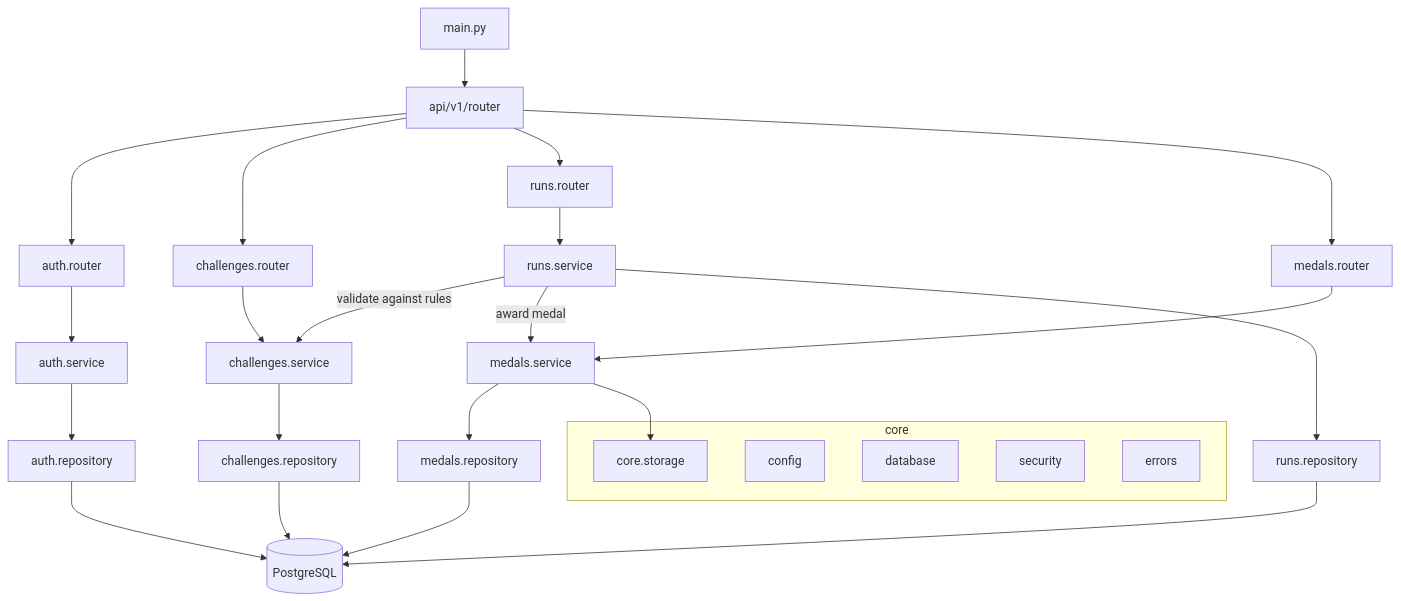
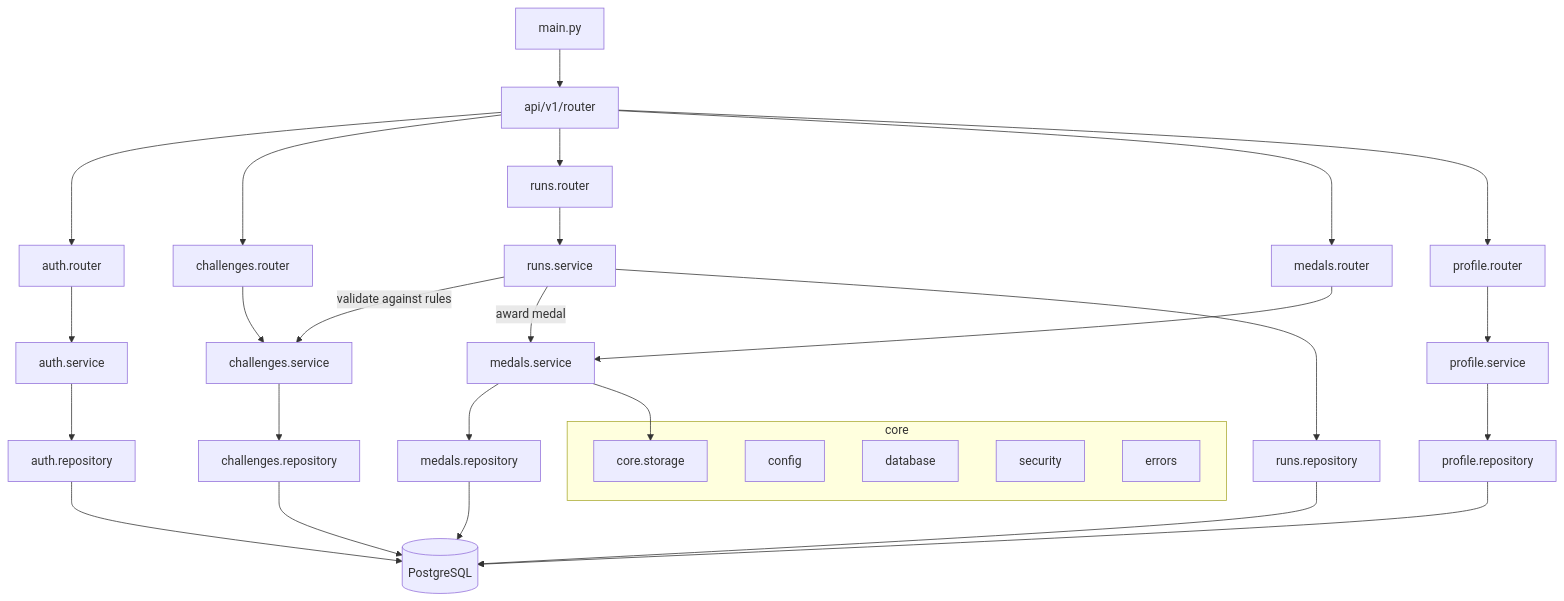
One commit to huynguyennang-agilityio/claude-code-training changed the fifth of 9 diagrams in docs/architecture.md. Above: the diagram before and after it, drawn with Mermaid. The commit also changed other lines of this file and 14 other files, not shown here.

````diff
--- a/docs/architecture.md
+++ b/docs/architecture.md
@@ -195,24 +197,26 @@
 ```mermaid
 flowchart TB
     MAIN["main.py"] --> V1["api/v1/router"]
-    V1 --> AR["auth.router"] & CR["challenges.router"] & RR["runs.router"] & MR["medals.router"]
+    V1 --> AR["auth.router"] & CR["challenges.router"] & RR["runs.router"] & MR["medals.router"] & PR["profile.router"]
     AR --> AS["auth.service"]
     CR --> CS["challenges.service"]
     RR --> RS["runs.service"]
     MR --> MS["medals.service"]
+    PR --> PS["profile.service"]
     RS -->|"validate against rules"| CS
     RS -->|"award medal"| MS
     AS --> ARP["auth.repository"]
     CS --> CRP["challenges.repository"]
     RS --> RRP["runs.repository"]
     MS --> MRP["medals.repository"]
-    ARP & CRP & RRP & MRP --> DB[("PostgreSQL")]
+    PS --> PRP["profile.repository"]
+    ARP & CRP & RRP & MRP & PRP --> DB[("PostgreSQL")]
     MS --> STORE["core.storage"]
     subgraph CORE["core"]
         CFG["config"]
         DBM["database"]
         SEC["security"]
         ERR["errors"]
         STORE
     end
 ```
````
